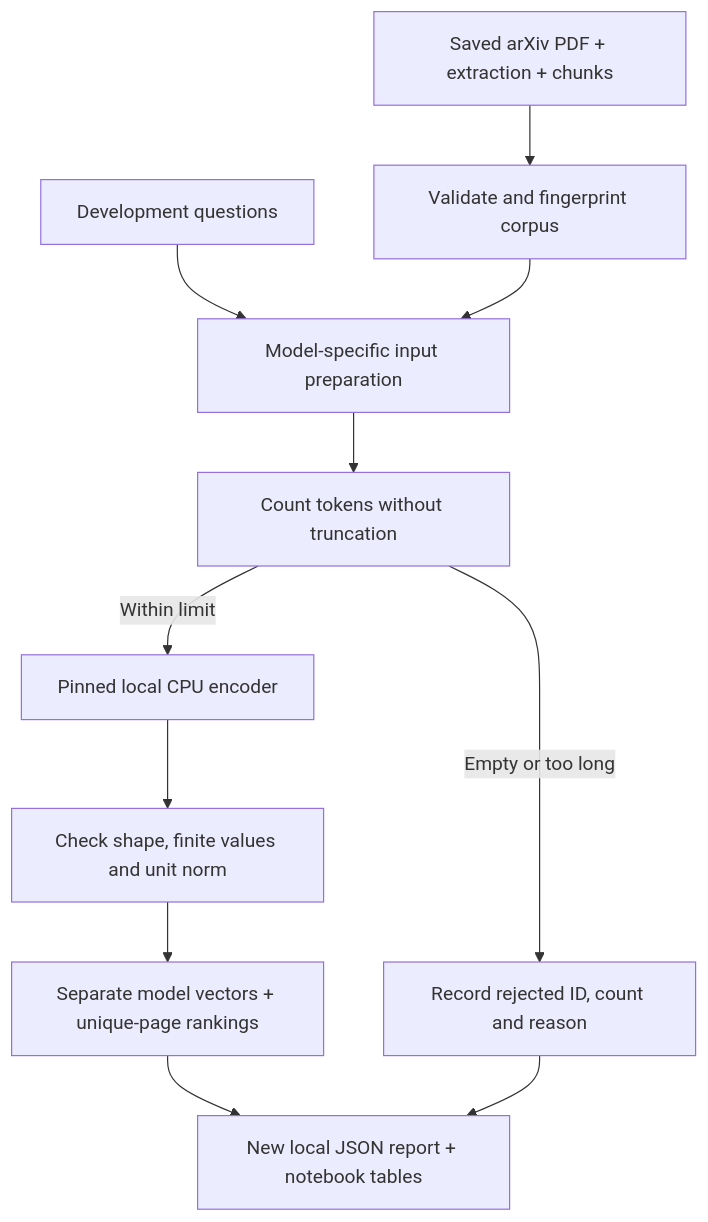
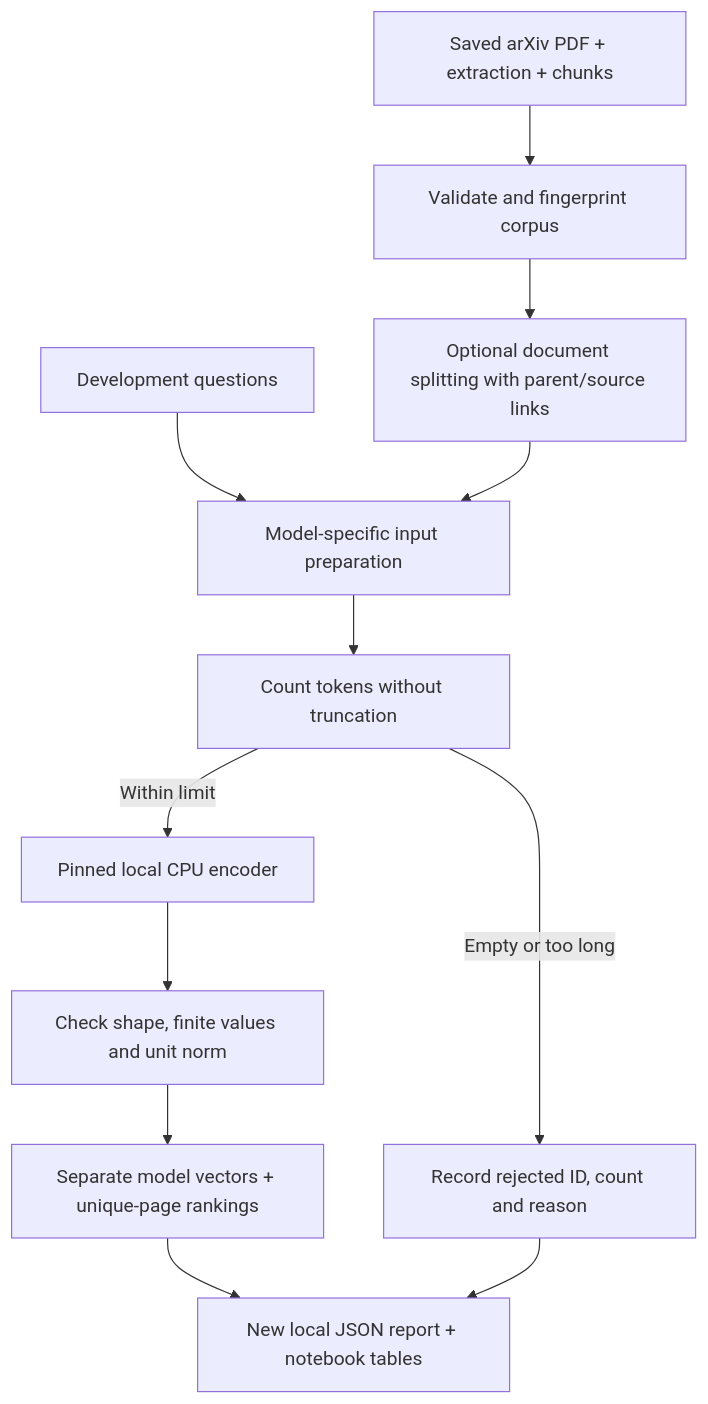
Before and after one commit to tubakadriye/search4cure-diabetes-multi-agent-system: the diagram in docs/EMBEDDING_COMPARISON.md, drawn with Mermaid. The commit also changed other lines of this file and 7 other files, not shown here.

Commit message:
Add source-preserving MiniLM input splitting

````diff
--- a/docs/EMBEDDING_COMPARISON.md
+++ b/docs/EMBEDDING_COMPARISON.md
@@ -47,13 +48,14 @@
 ```mermaid
 flowchart TD
     A["Saved arXiv PDF + extraction + chunks"] --> B["Validate and fingerprint corpus"]
     Q["Development questions"] --> C["Model-specific input preparation"]
-    B --> C
+    B --> P["Optional document splitting with parent/source links"]
+    P --> C
     C --> D["Count tokens without truncation"]
     D -->|"Empty or too long"| R["Record rejected ID, count and reason"]
     D -->|"Within limit"| E["Pinned local CPU encoder"]
     E --> F["Check shape, finite values and unit norm"]
     F --> G["Separate model vectors + unique-page rankings"]
     G --> H["New local JSON report + notebook tables"]
     R --> H
 ```
````
